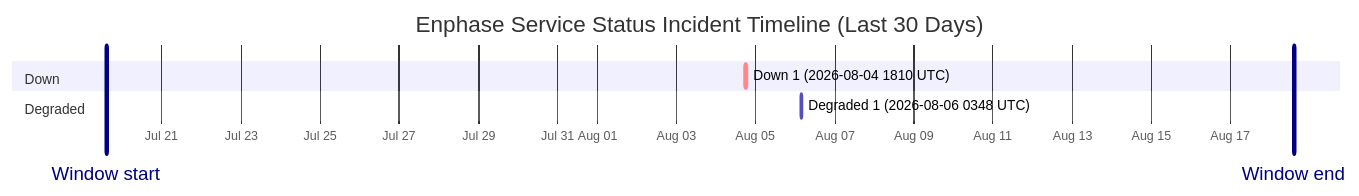
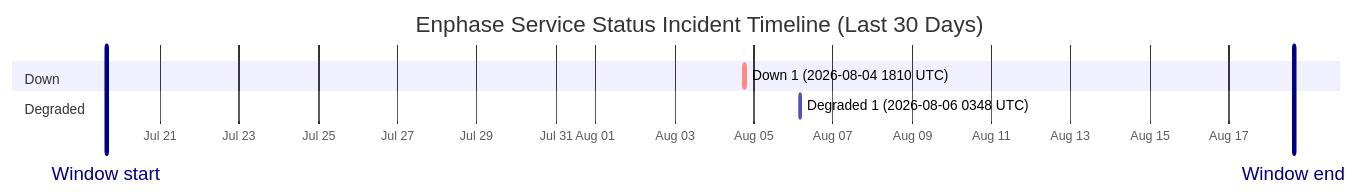
One commit to barneyonline/ha-enphase-energy changed the diagram in wiki/Service-Status-History.md. Above: the diagram before and after it, drawn with Mermaid. The commit also changed other lines of this file and 3 other files, not shown here.

````diff
--- a/wiki/Service-Status-History.md
+++ b/wiki/Service-Status-History.md
@@ -14,12 +14,12 @@
 ```mermaid
 gantt
     title Enphase Service Status Incident Timeline (Last 30 Days)
     dateFormat  YYYY-MM-DDTHH:mm:ss
     axisFormat  %b %d
-    Window start :vert, window-start, 2026-07-19T14:31:11, 0ms
-    Window end :vert, window-end, 2026-08-18T14:31:11, 0ms
+    Window start :vert, window-start, 2026-07-19T15:29:28, 0ms
+    Window end :vert, window-end, 2026-08-18T15:29:28, 0ms
     section Down
     Down 1 (2026-08-04 1810 UTC) :crit, down-1, 2026-08-04T18:10:46, 60m
     section Degraded
     Degraded 1 (2026-08-06 0348 UTC) :active, degraded-1, 2026-08-06T03:48:14, 60m
 ```
````
